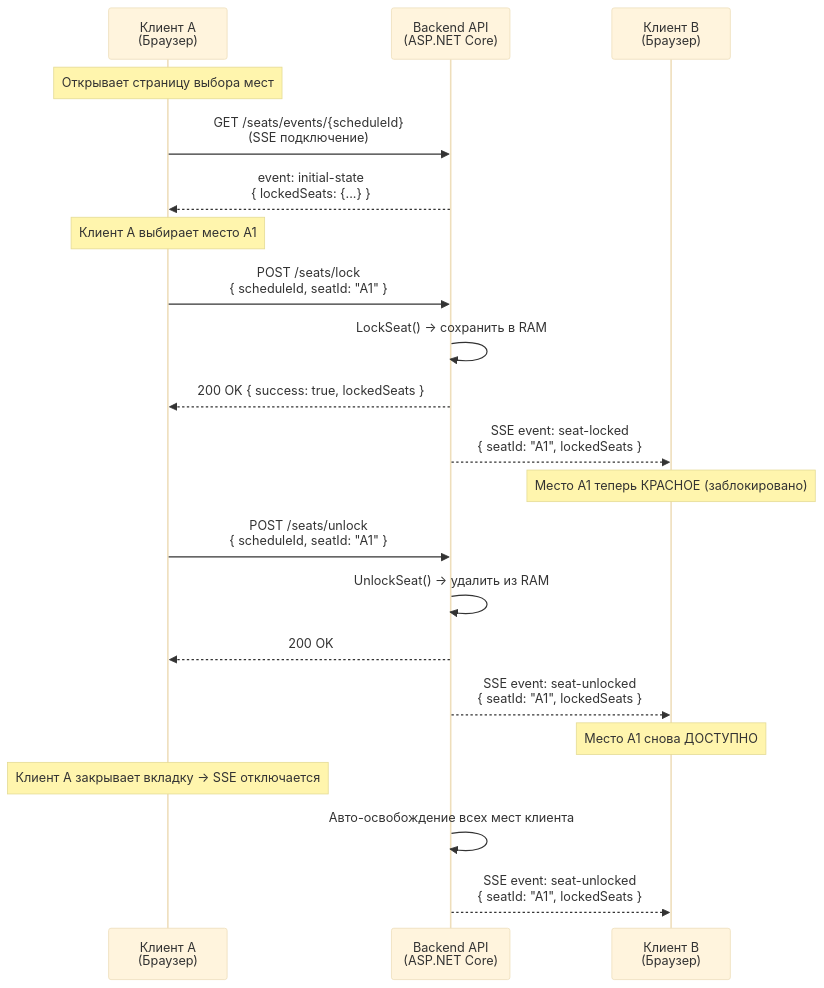
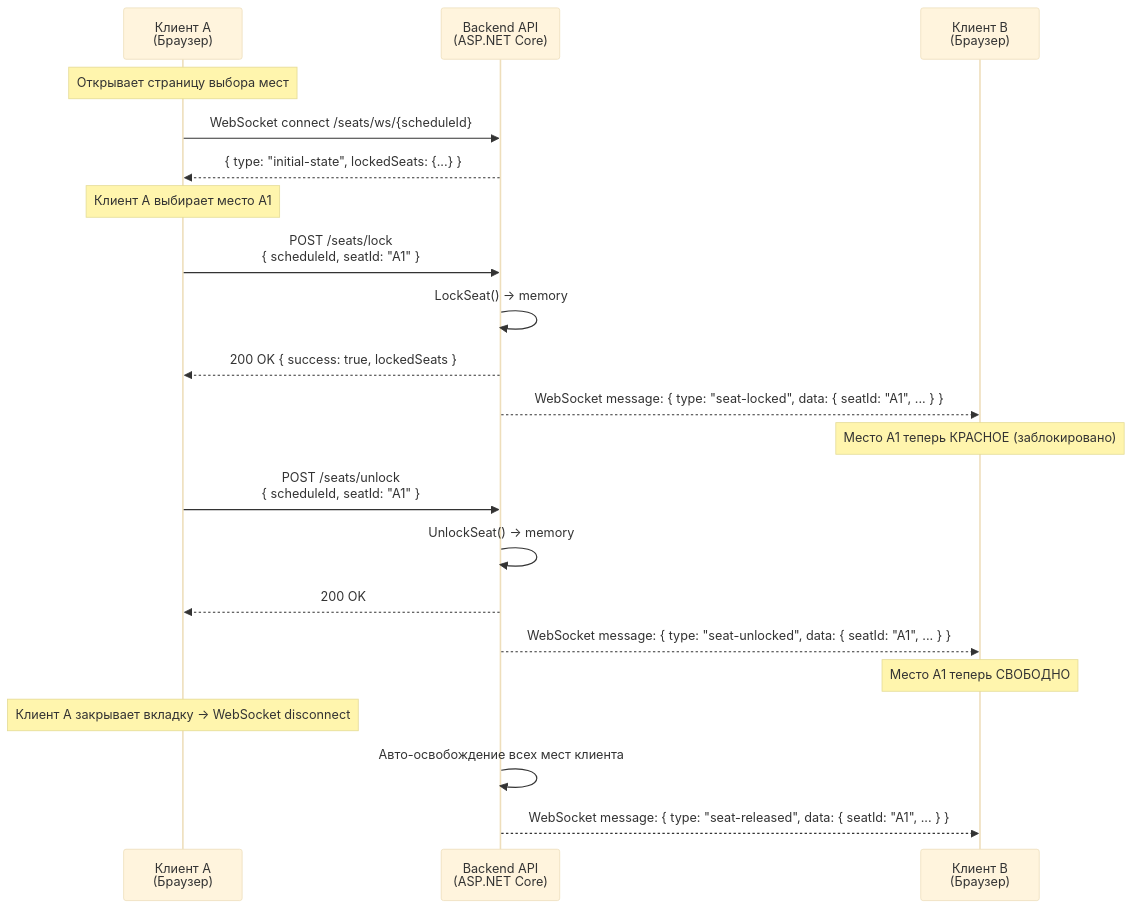
The diagram in docs/algorithms/ru/seat-locking.md (duc19092005/galaxiad-cinema-core), drawn with Mermaid (base theme) before and after one commit. The commit also changed other lines of this file and 3 other files, not shown here.

Commit message:
fix: correct SSE to WebSocket in docs + update outdated paths

````diff
--- a/docs/algorithms/ru/seat-locking.md
+++ b/docs/algorithms/ru/seat-locking.md
@@ -38,31 +37,31 @@
 ```mermaid
 sequenceDiagram
     participant A as Клиент A<br/>(Браузер)
     participant Server as Backend API<br/>(ASP.NET Core)
     participant B as Клиент B<br/>(Браузер)
 
     Note over A: Открывает страницу выбора мест
 
-    A->>Server: GET /seats/events/{scheduleId}<br/>(SSE подключение)
-    Server-->>A: event: initial-state<br/>{ lockedSeats: {...} }
+    A->>Server: WebSocket connect /seats/ws/{scheduleId}
+    Server-->>A: { type: "initial-state", lockedSeats: {...} }
     
     Note over A: Клиент A выбирает место A1
 
     A->>Server: POST /seats/lock<br/>{ scheduleId, seatId: "A1" }
-    Server->>Server: LockSeat() → сохранить в RAM
+    Server->>Server: LockSeat() → memory
     Server-->>A: 200 OK { success: true, lockedSeats }
-    Server-->>B: SSE event: seat-locked<br/>{ seatId: "A1", lockedSeats }
+    Server-->>B: WebSocket message: { type: "seat-locked", data: { seatId: "A1", ... } }
     
     Note over B: Место A1 теперь КРАСНОЕ (заблокировано)
 
     A->>Server: POST /seats/unlock<br/>{ scheduleId, seatId: "A1" }
-    Server->>Server: UnlockSeat() → удалить из RAM
+    Server->>Server: UnlockSeat() → memory
     Server-->>A: 200 OK
-    Server-->>B: SSE event: seat-unlocked<br/>{ seatId: "A1", lockedSeats }
+    Server-->>B: WebSocket message: { type: "seat-unlocked", data: { seatId: "A1", ... } }
     
-    Note over B: Место A1 снова ДОСТУПНО
+    Note over B: Место A1 теперь СВОБОДНО
     
-    Note over A: Клиент A закрывает вкладку → SSE отключается
+    Note over A: Клиент A закрывает вкладку → WebSocket disconnect
     Server->>Server: Авто-освобождение всех мест клиента
-    Server-->>B: SSE event: seat-unlocked<br/>{ seatId: "A1", lockedSeats }
+    Server-->>B: WebSocket message: { type: "seat-released", data: { seatId: "A1", ... } }
 ```
````
